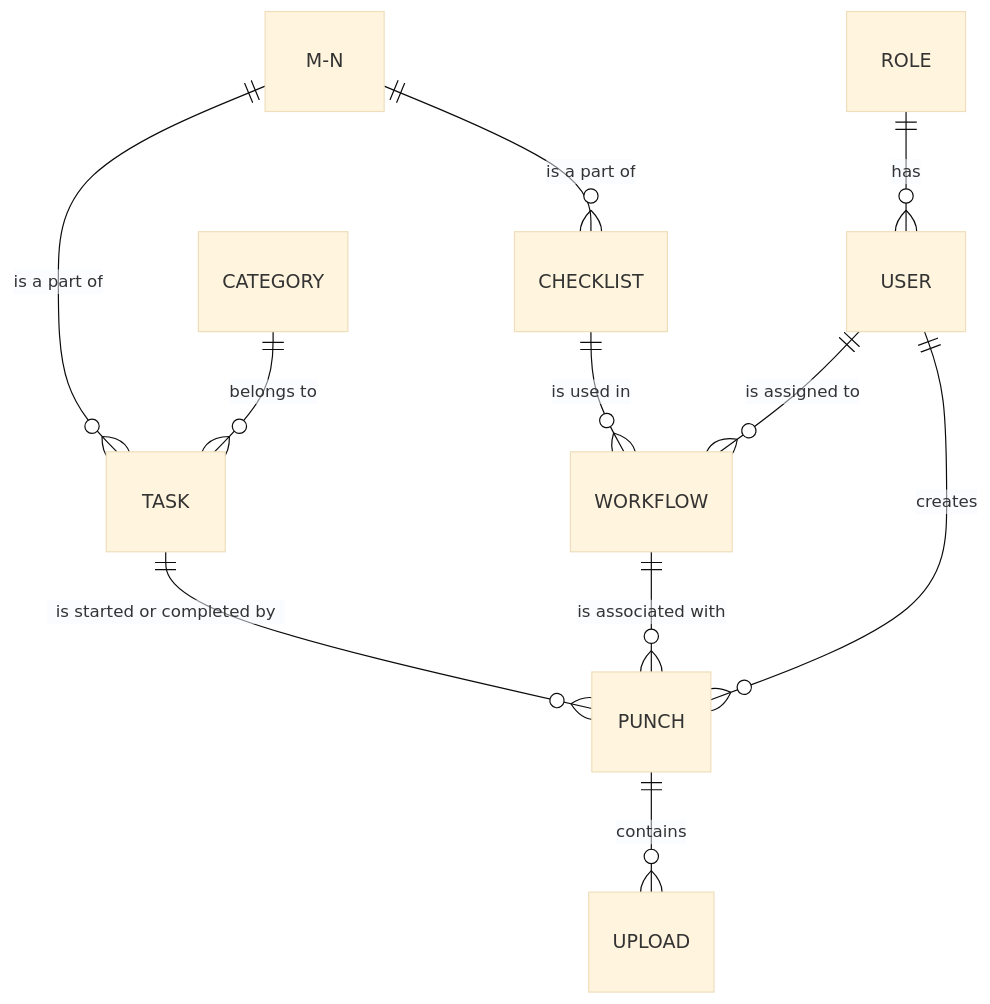
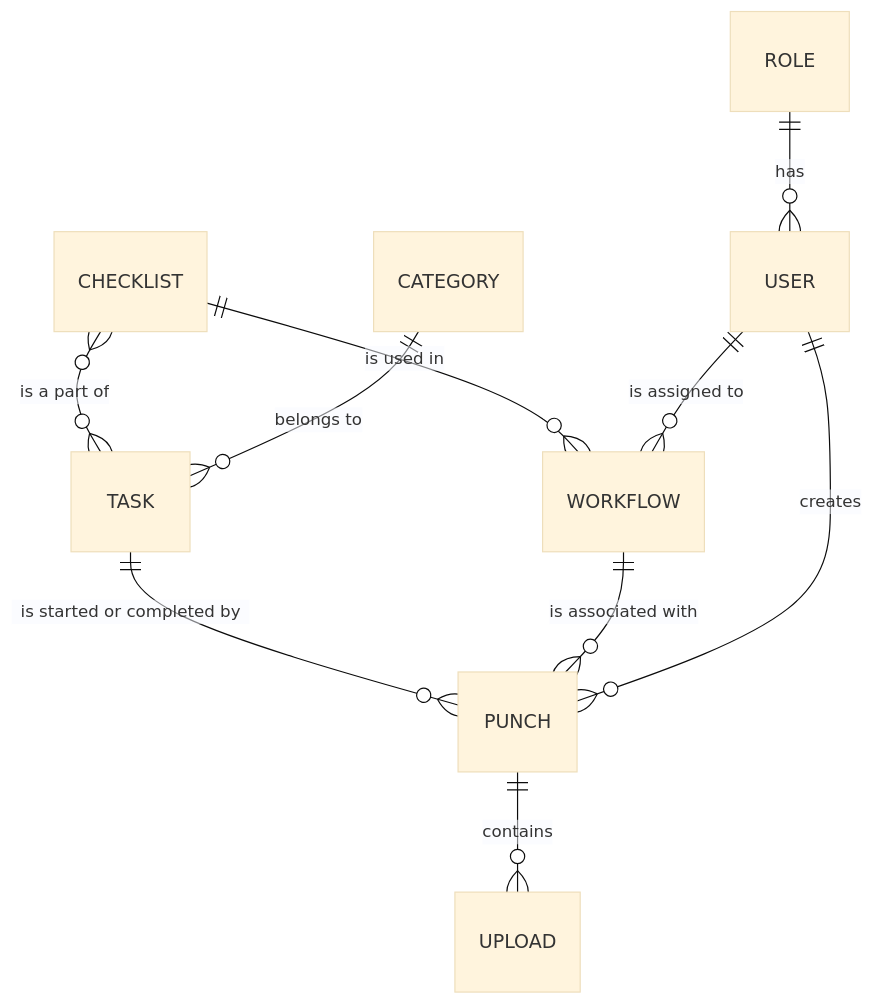
The diagram in README.md (OptiCorp/turbin-sikker-api), drawn with Mermaid (base theme) before and after one commit.

````diff
--- a/README.md
+++ b/README.md
@@ -5,13 +5,12 @@
 ```mermaid
     erDiagram
-        M-N ||--o{ CHECKLIST : "is a part of"
-        M-N ||--o{ TASK : "is a part of"
+        CHECKLIST }o--o{ TASK : "is a part of"
         CATEGORY ||--o{ TASK : "belongs to"
         TASK ||--o{ PUNCH : "is started or completed by"
         WORKFLOW ||--o{ PUNCH : "is associated with"
         USER ||--o{ PUNCH : "creates"
         PUNCH ||--o{ UPLOAD : "contains"
         ROLE ||--o{ USER : "has"
         CHECKLIST ||--o{ WORKFLOW : "is used in"
         USER ||--o{ WORKFLOW : "is assigned to"
 ```
````
